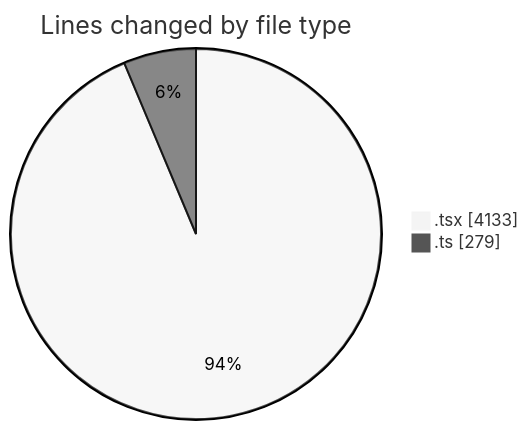
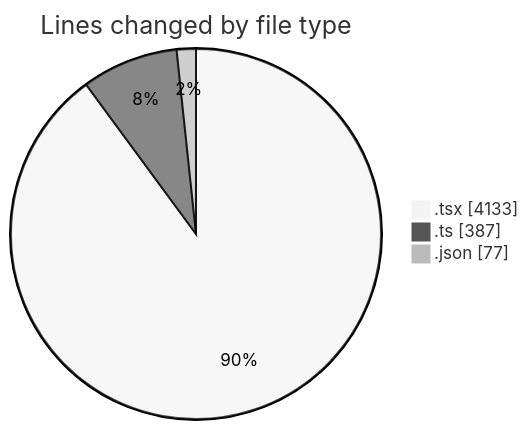
The first of 2 diagrams in 2026-03-22/nxtqube_webapp/README.md (nxtqubesakshisongat/code-tracking), drawn with Mermaid (neutral theme) before and after one commit. The commit also changed other lines of this file and 1 other file, not shown here.

````diff
--- a/2026-03-22/nxtqube_webapp/README.md
+++ b/2026-03-22/nxtqube_webapp/README.md
@@ -30,6 +32,7 @@
 ```mermaid
 pie showData
 title Lines changed by file type
 ".tsx" : 4133
-".ts" : 279
+".ts" : 387
+".json" : 77
 ```
````
